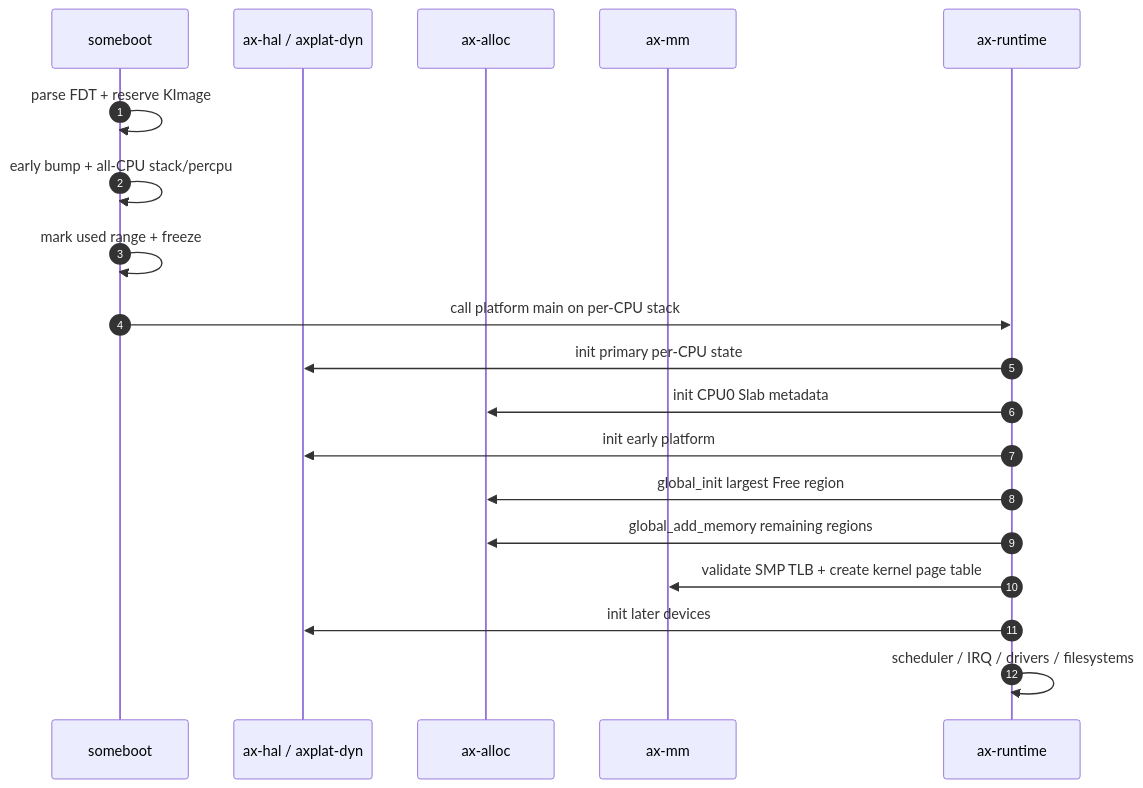
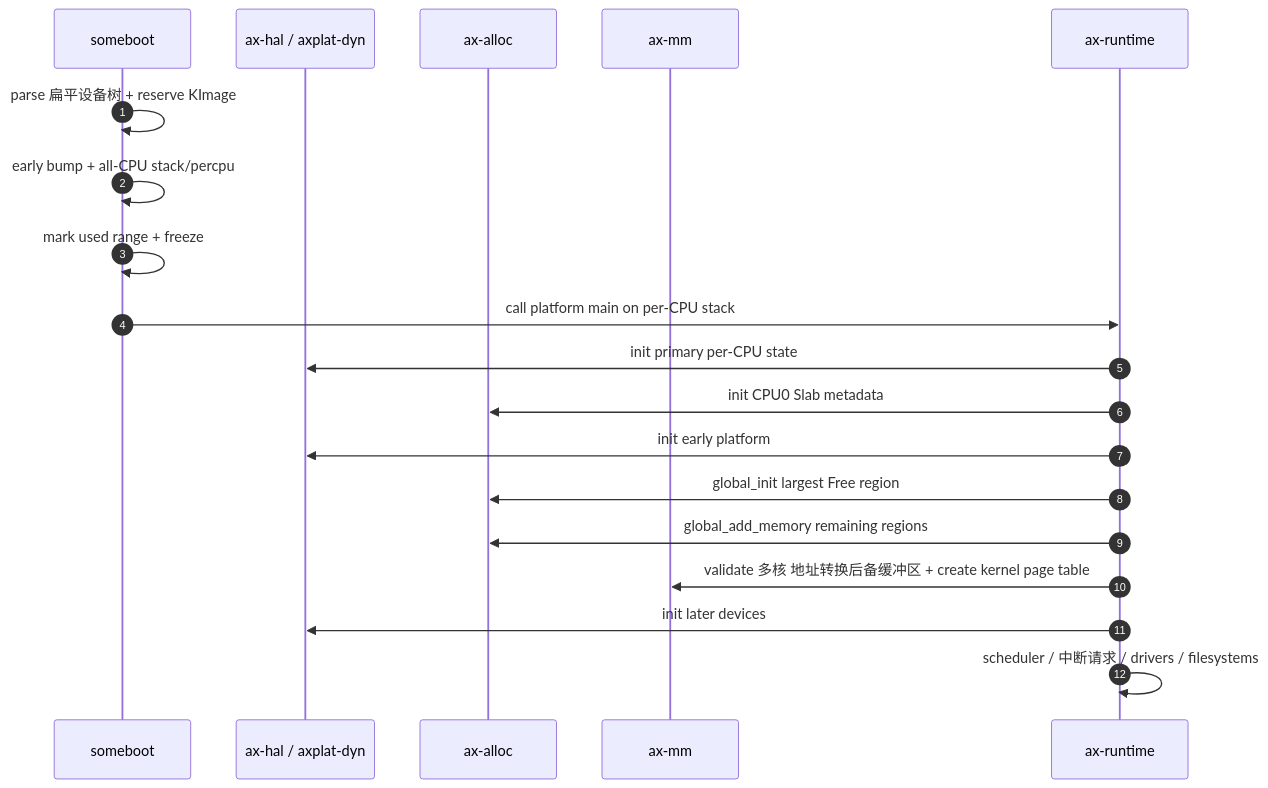
The first of 4 diagrams in docs/docs/architecture/memory/integration.md (rcore-os/tgoskits), drawn with Mermaid before and after one commit. The commit also changed other lines of this file and 12 other files, not shown here.

````diff
--- a/docs/docs/architecture/memory/integration.md
+++ b/docs/docs/architecture/memory/integration.md
@@ -54,21 +54,21 @@
 ```mermaid
 sequenceDiagram
     autonumber
     participant Boot as someboot
     participant Hal as ax-hal / axplat-dyn
     participant Alloc as ax-alloc
     participant Mm as ax-mm
     participant Rt as ax-runtime
-    Boot->>Boot: parse FDT + reserve KImage
+    Boot->>Boot: parse 扁平设备树 + reserve KImage
     Boot->>Boot: early bump + all-CPU stack/percpu
     Boot->>Boot: mark used range + freeze
     Boot->>Rt: call platform main on per-CPU stack
     Rt->>Hal: init primary per-CPU state
     Rt->>Alloc: init CPU0 Slab metadata
     Rt->>Hal: init early platform
     Rt->>Alloc: global_init largest Free region
     Rt->>Alloc: global_add_memory remaining regions
-    Rt->>Mm: validate SMP TLB + create kernel page table
+    Rt->>Mm: validate 多核 地址转换后备缓冲区 + create kernel page table
     Rt->>Hal: init later devices
-    Rt->>Rt: scheduler / IRQ / drivers / filesystems
+    Rt->>Rt: scheduler / 中断请求 / drivers / filesystems
 ```
````
